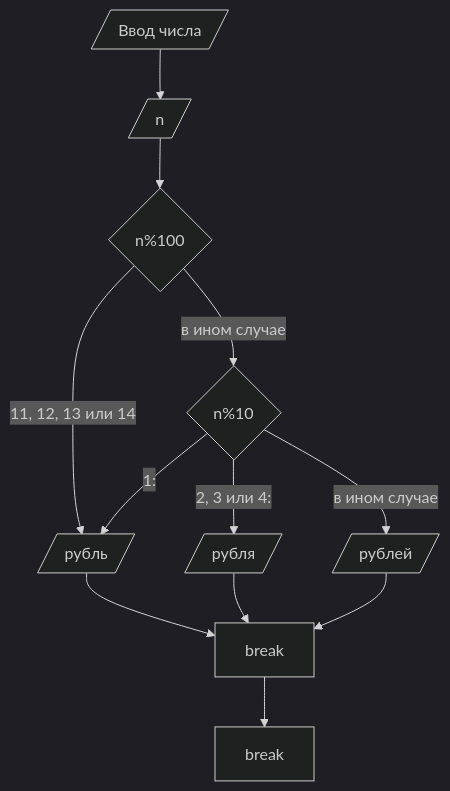
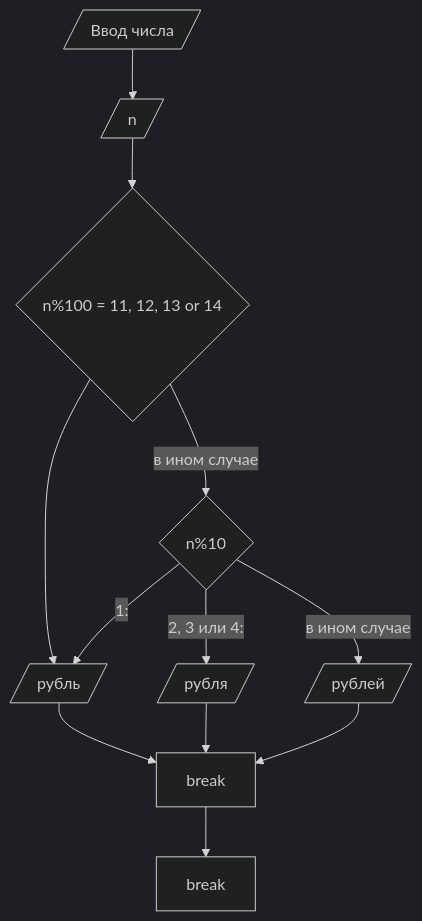
Before and after one commit to Lendic42/homework7: the diagram in README.md, drawn with Mermaid (dark theme).

````diff
--- a/README.md
+++ b/README.md
@@ -9,17 +9,17 @@
 ```mermaid
 flowchart TD
     C[/"Ввод числа"/]
     C --> D[/"n"/]
-    D --> E{"n%100"}
-    E -->|"11, 12, 13 или 14"| H[/"рубль"/]
+    D --> E{"n%100 = 11, 12, 13 or 14"}
+    E -->H[/"рубль"/]
     E -->|"в ином случае"| G{"n%10"}
     G -->|"1:"| H[/"рубль"/]
     G -->|"2, 3 или 4:"| I[/"рубля"/]
     G -->|"в ином случае"| J[/"рублей"/]
     H --> K["break"]
     I --> K
     J --> K
     K --> L["break"]
 
 
 ```
````
